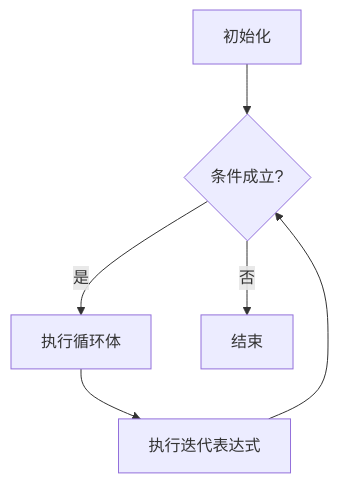
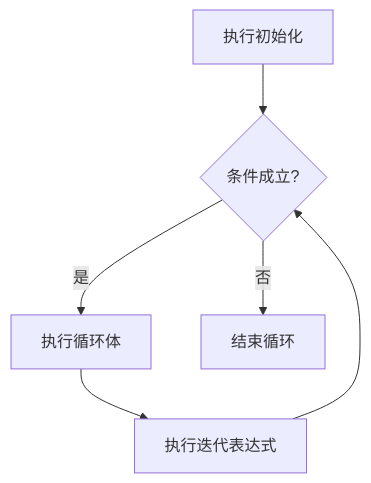
The third of 5 diagrams in C语言圣经/control-flow.md (shanchuann/TheGitbookLibrary), drawn with Mermaid before and after one commit. The commit also changed other lines of this file and 8 other files, not shown here.

````diff
--- a/C语言圣经/control-flow.md
+++ b/C语言圣经/control-flow.md
@@ -232,8 +526,8 @@
 ```mermaid
 flowchart TD
-    A[初始化] --> B{条件成立?}
-    B -- 是 --> C[执行循环体]
-    C --> D[执行迭代表达式]
+    A["执行初始化"] --> B{"条件成立?"}
+    B -- "是" --> C["执行循环体"]
+    C --> D["执行迭代表达式"]
     D --> B
-    B -- 否 --> E[结束]
+    B -- "否" --> E["结束循环"]
 ```
````
